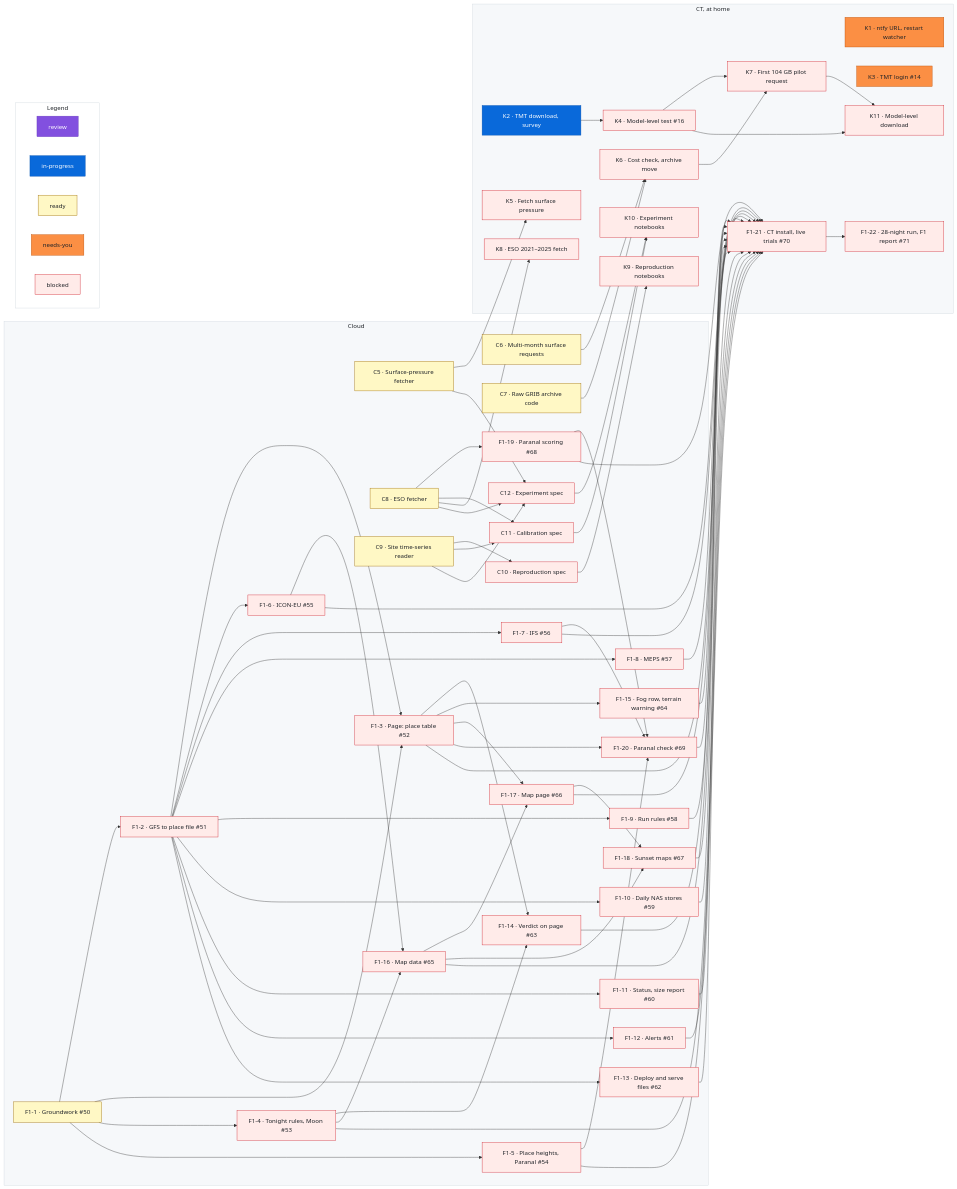
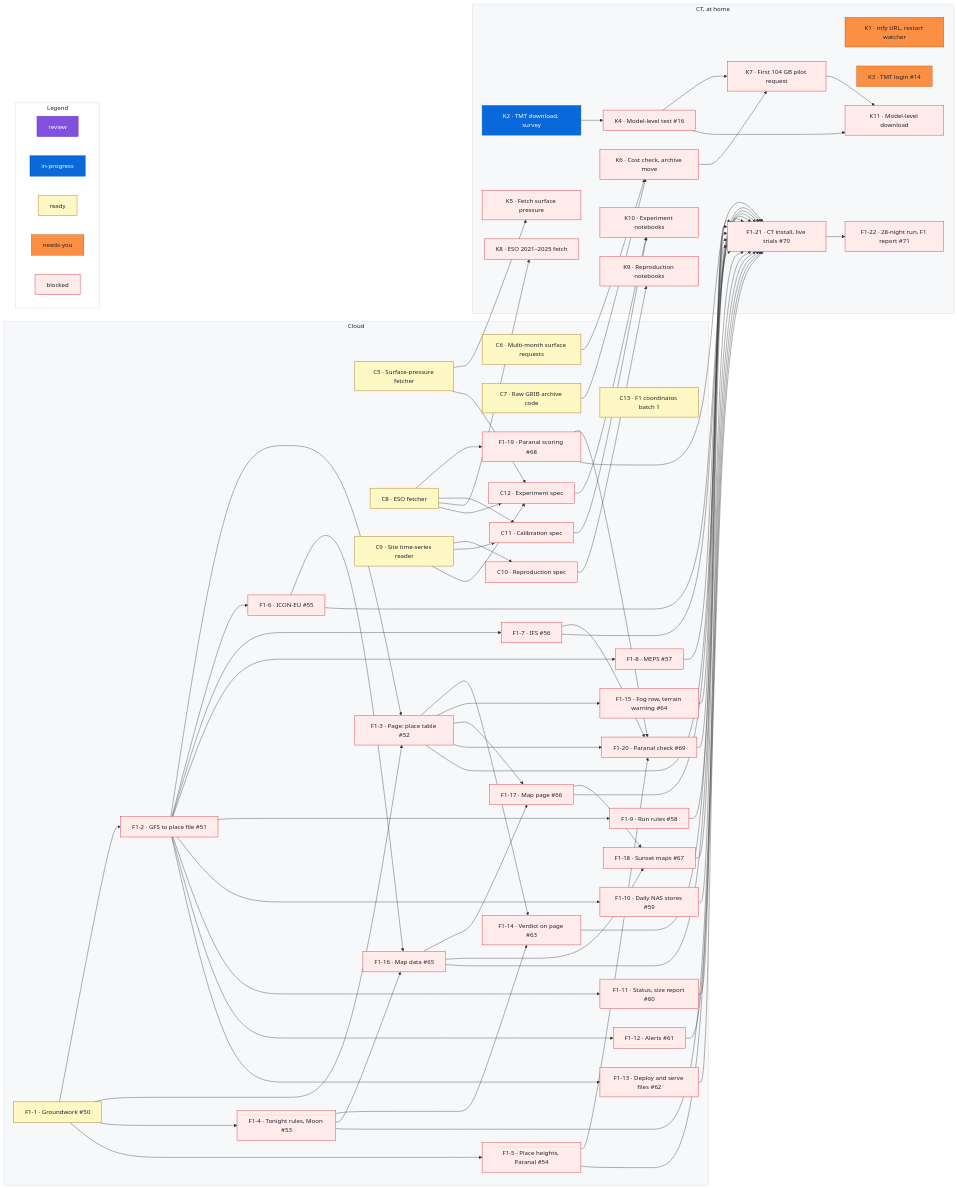
The diagram in docs/roadmap.md (rrweller/Astro-seeing), drawn with Mermaid before and after one commit. The commit also changed other lines of this file and 4 other files, not shown here.

First line of the commit message:
D93: agents merge into dev behind a tests check; C13 coordinator for the first F1 batch

```diff
--- a/docs/roadmap.md
+++ b/docs/roadmap.md
@@ -115,6 +117,7 @@
     C10["C10 · Reproduction spec"]
     C11["C11 · Calibration spec"]
     C12["C12 · Experiment spec"]
+    C13["C13 · F1 coordinator, batch 1"]
     F1_1["F1-1 · Groundwork #50"]
     F1_2["F1-2 · GFS to place file #51"]
     F1_3["F1-3 · Page: place table #52"]
@@ -246,6 +249,8 @@
   %% ---
   class C12 blocked
   %% ---
+  class C13 ready
+  %% ---
   class F1_1 ready
   %% ---
   class F1_2 blocked
```
